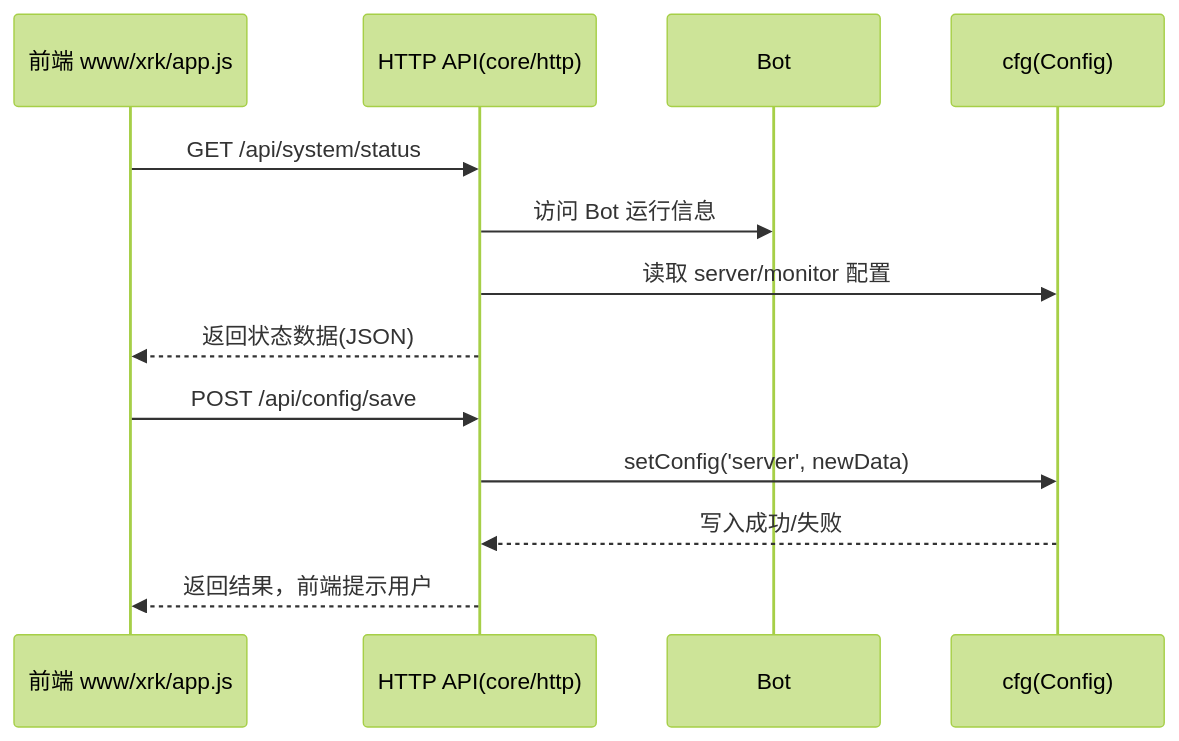
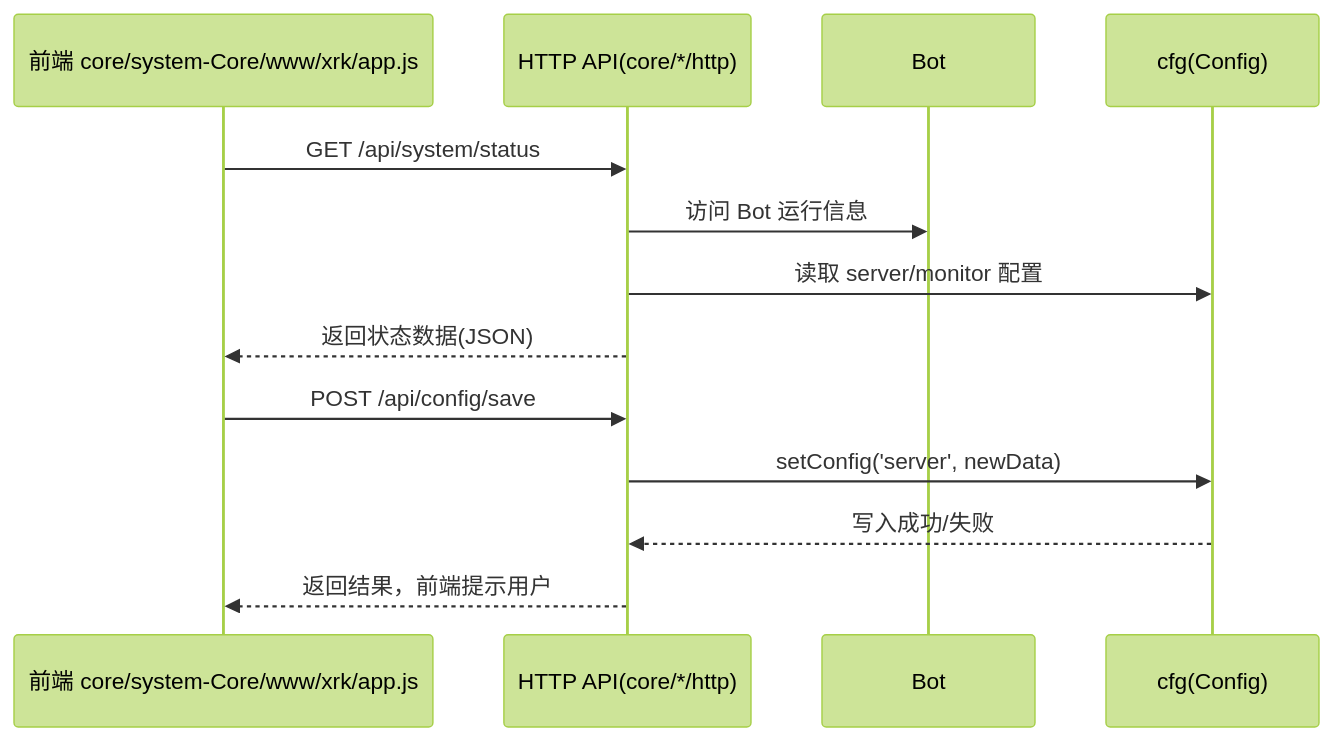
Before and after one commit to sunflowermm/XRK-AGT: the fourth of 9 diagrams in docs/app-dev.md, drawn with Mermaid (forest theme). The commit also changed other lines of this file and 116 other files, not shown here.

````diff
--- a/docs/app-dev.md
+++ b/docs/app-dev.md
@@ -154,17 +156,17 @@
 ```mermaid
 sequenceDiagram
-  participant FE as 前端 www/xrk/app.js
-  participant Http as HTTP API(core/http)
+  participant FE as 前端 core/system-Core/www/xrk/app.js
+  participant Http as HTTP API(core/*/http)
   participant Bot as Bot
   participant Cfg as cfg(Config)
 
   FE->>Http: GET /api/system/status
   Http->>Bot: 访问 Bot 运行信息
   Http->>Cfg: 读取 server/monitor 配置
   Http-->>FE: 返回状态数据(JSON)
 
   FE->>Http: POST /api/config/save
   Http->>Cfg: setConfig('server', newData)
   Cfg-->>Http: 写入成功/失败
   Http-->>FE: 返回结果，前端提示用户
 ```
````
